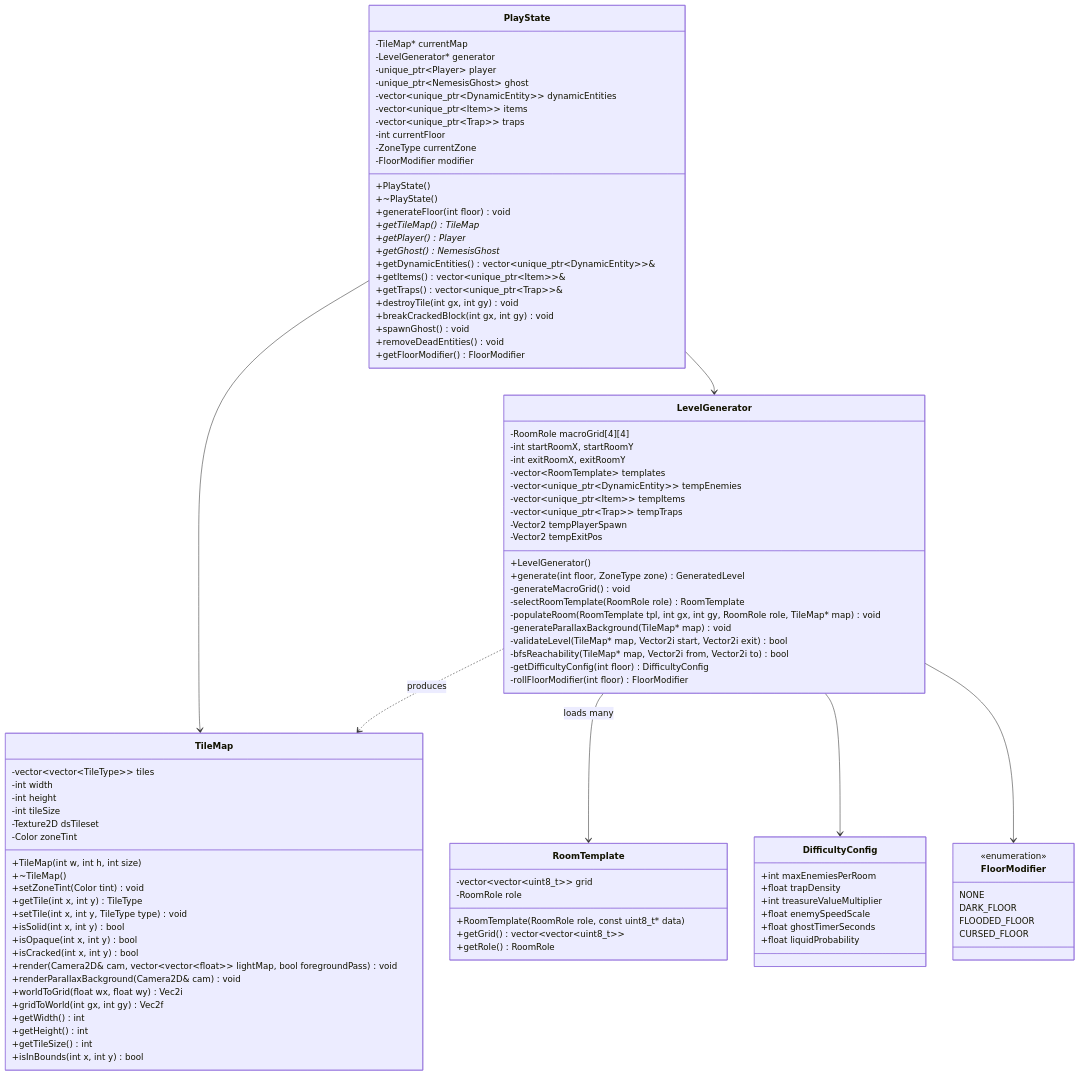
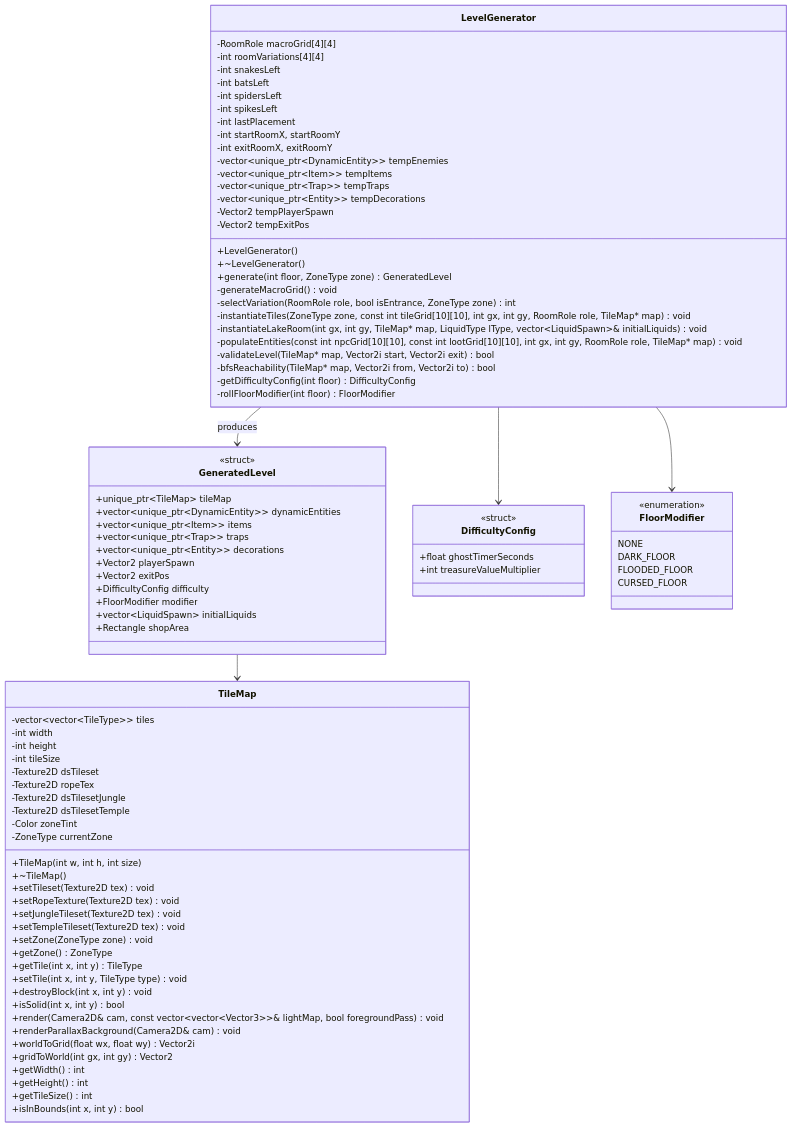
One commit to Gasmask-Chan/CS202-Cavern-Descent changed the fourth of 13 diagrams in project_plan.md. Above: the diagram before and after it, drawn with Mermaid. The commit also changed other lines of this file, not shown here.

Commit message:
docs: synchronize all class diagrams and structures with source code in project_plan.md

````diff
--- a/project_plan.md
+++ b/project_plan.md
@@ -828,48 +900,44 @@
 ```mermaid
 classDiagram
-    class PlayState {
-        -TileMap* currentMap
-        -LevelGenerator* generator
-        -unique_ptr~Player~ player
-        -unique_ptr~NemesisGhost~ ghost
-        -vector~unique_ptr~DynamicEntity~~ dynamicEntities
-        -vector~unique_ptr~Item~~ items
-        -vector~unique_ptr~Trap~~ traps
-        -int currentFloor
-        -ZoneType currentZone
-        -FloorModifier modifier
-        +PlayState()
-        +~PlayState()
-        +generateFloor(int floor) void
-        +getTileMap() TileMap*
-        +getPlayer() Player*
-        +getGhost() NemesisGhost*
-        +getDynamicEntities() vector~unique_ptr~DynamicEntity~~&
-        +getItems() vector~unique_ptr~Item~~&
-        +getTraps() vector~unique_ptr~Trap~~&
-        +destroyTile(int gx, int gy) void
-        +breakCrackedBlock(int gx, int gy) void
-        +spawnGhost() void
-        +removeDeadEntities() void
-        +getFloorModifier() FloorModifier
+    class GeneratedLevel {
+        <<struct>>
+        +unique_ptr~TileMap~ tileMap
+        +vector~unique_ptr~DynamicEntity~~ dynamicEntities
+        +vector~unique_ptr~Item~~ items
+        +vector~unique_ptr~Trap~~ traps
+        +vector~unique_ptr~Entity~~ decorations
+        +Vector2 playerSpawn
+        +Vector2 exitPos
+        +DifficultyConfig difficulty
+        +FloorModifier modifier
+        +vector~LiquidSpawn~ initialLiquids
+        +Rectangle shopArea
     }
 
     class LevelGenerator {
         -RoomRole macroGrid[4][4]
+        -int roomVariations[4][4]
+        -int snakesLeft
+        -int batsLeft
+        -int spidersLeft
+        -int spikesLeft
+        -int lastPlacement
         -int startRoomX, startRoomY
         -int exitRoomX, exitRoomY
-        -vector~RoomTemplate~ templates
         -vector~unique_ptr~DynamicEntity~~ tempEnemies
         -vector~unique_ptr~Item~~ tempItems
         -vector~unique_ptr~Trap~~ tempTraps
+        -vector~unique_ptr~Entity~~ tempDecorations
         -Vector2 tempPlayerSpawn
         -Vector2 tempExitPos
         +LevelGenerator()
+        +~LevelGenerator()
         +generate(int floor, ZoneType zone) GeneratedLevel
         -generateMacroGrid() void
-        -selectRoomTemplate(RoomRole role) RoomTemplate
-        -populateRoom(RoomTemplate tpl, int gx, int gy, RoomRole role, TileMap* map) void
-        -generateParallaxBackground(TileMap* map) void
+        -selectVariation(RoomRole role, bool isEntrance, ZoneType zone) int
+        -instantiateTiles(ZoneType zone, const int tileGrid[10][10], int gx, int gy, RoomRole role, TileMap* map) void
+        -instantiateLakeRoom(int gx, int gy, TileMap* map, LiquidType lType, vector~LiquidSpawn~& initialLiquids) void
+        -populateEntities(const int npcGrid[10][10], const int lootGrid[10][10], int gx, int gy, RoomRole role, TileMap* map) void
         -validateLevel(TileMap* map, Vector2i start, Vector2i exit) bool
         -bfsReachability(TileMap* map, Vector2i from, Vector2i to) bool
         -getDifficultyConfig(int floor) DifficultyConfig
@@ -877,12 +945,9 @@
     }
 
     class DifficultyConfig {
-        +int maxEnemiesPerRoom
-        +float trapDensity
+        <<struct>>
+        +float ghostTimerSeconds
         +int treasureValueMultiplier
-        +float enemySpeedScale
-        +float ghostTimerSeconds
-        +float liquidProbability
     }
 
     class FloorModifier {
@@ -893,43 +958,41 @@
         CURSED_FLOOR
     }
 
-    class RoomTemplate {
-        -vector~vector~uint8_t~~ grid
-        -RoomRole role
-        +RoomTemplate(RoomRole role, const uint8_t* data)
-        +getGrid() vector~vector~uint8_t~~
-        +getRole() RoomRole
-    }
-
     class TileMap {
         -vector~vector~TileType~~ tiles
         -int width
         -int height
         -int tileSize
         -Texture2D dsTileset
+        -Texture2D ropeTex
+        -Texture2D dsTilesetJungle
+        -Texture2D dsTilesetTemple
         -Color zoneTint
+        -ZoneType currentZone
         +TileMap(int w, int h, int size)
         +~TileMap()
-        +setZoneTint(Color tint) void
+        +setTileset(Texture2D tex) void
+        +setRopeTexture(Texture2D tex) void
+        +setJungleTileset(Texture2D tex) void
+        +setTempleTileset(Texture2D tex) void
+        +setZone(ZoneType zone) void
+        +getZone() ZoneType
         +getTile(int x, int y) TileType
         +setTile(int x, int y, TileType type) void
+        +destroyBlock(int x, int y) void
         +isSolid(int x, int y) bool
-        +isOpaque(int x, int y) bool
-        +isCracked(int x, int y) bool
-        +render(Camera2D& cam, vector~vector~float~~ lightMap, bool foregroundPass) void
+        +render(Camera2D& cam, const vector~vector~Vector3~~& lightMap, bool foregroundPass) void
         +renderParallaxBackground(Camera2D& cam) void
-        +worldToGrid(float wx, float wy) Vec2i
-        +gridToWorld(int gx, int gy) Vec2f
+        +worldToGrid(float wx, float wy) Vector2i
+        +gridToWorld(int gx, int gy) Vector2
         +getWidth() int
         +getHeight() int
         +getTileSize() int
         +isInBounds(int x, int y) bool
     }
 
-    PlayState --> TileMap
-    PlayState --> LevelGenerator
-    LevelGenerator --> RoomTemplate : loads many
     LevelGenerator --> DifficultyConfig
     LevelGenerator --> FloorModifier
-    LevelGenerator ..> TileMap : produces
+    LevelGenerator --> GeneratedLevel : produces
+    GeneratedLevel --> TileMap
 ```
````
